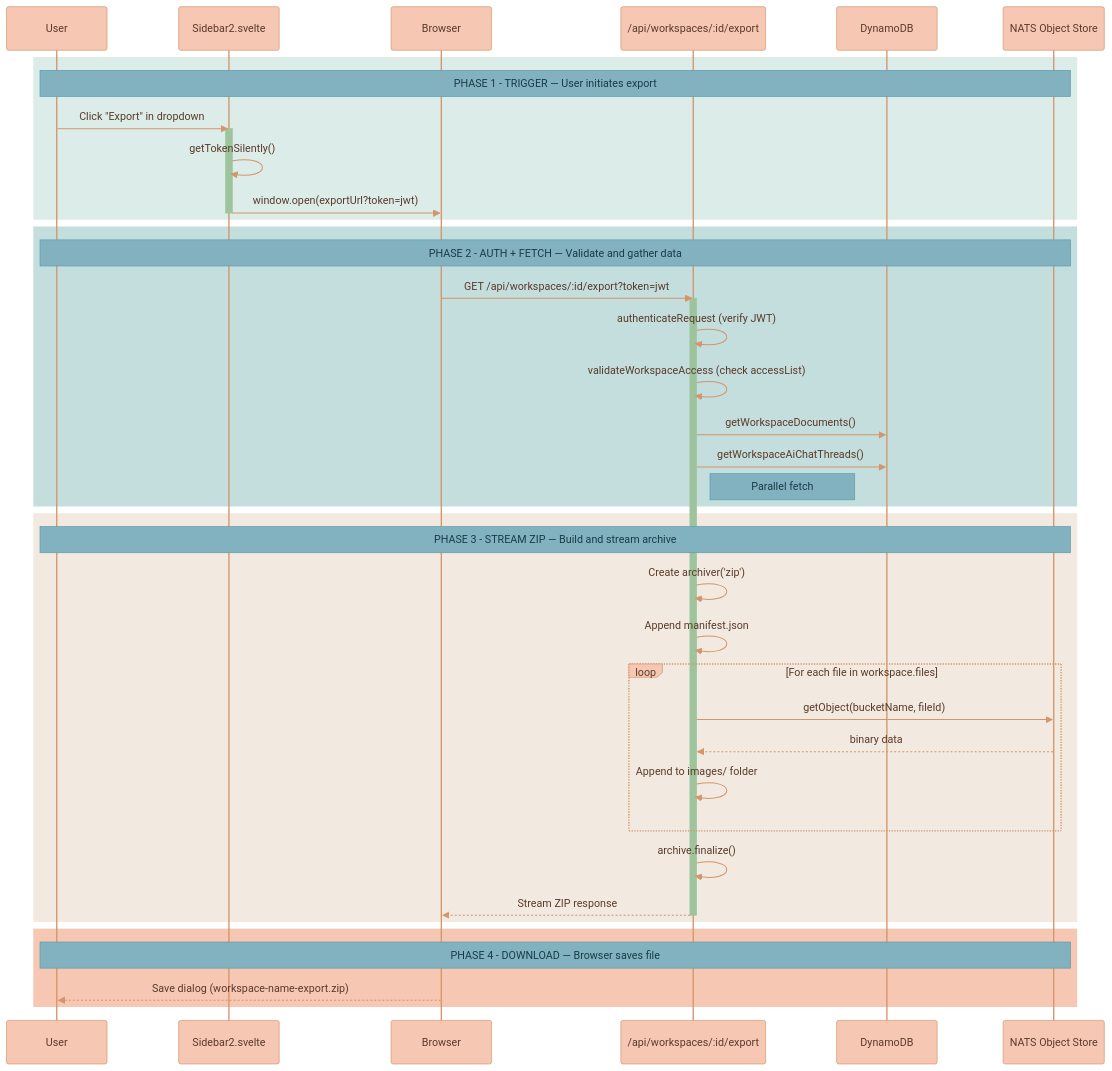
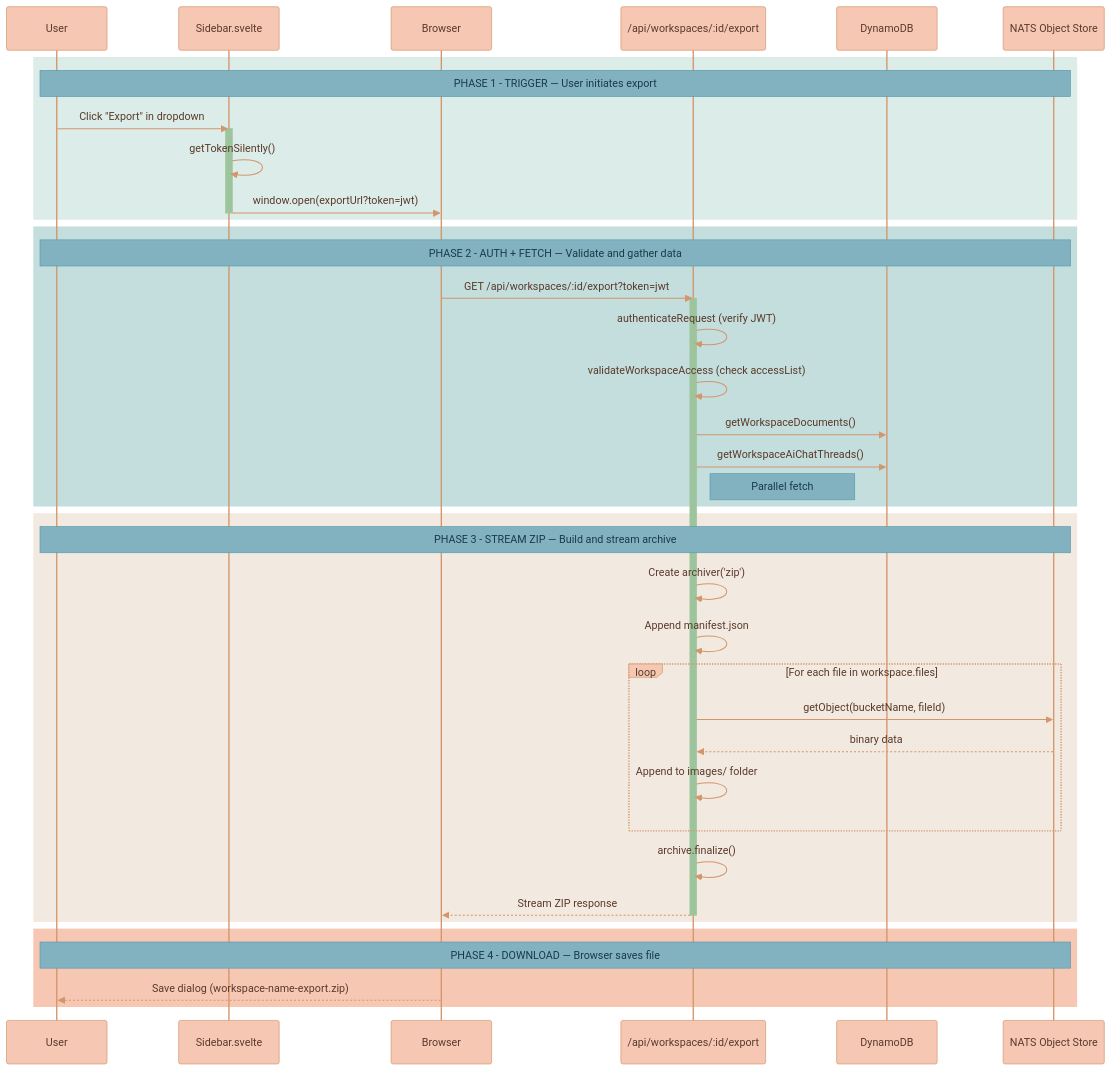
Before and after one commit to Lixpi/lixpi: the diagram in documentation/features/WORKSPACE-EXPORT.md, drawn with Mermaid. The commit also changed other lines of this file and 9 other files, not shown here.

````diff
--- a/documentation/features/WORKSPACE-EXPORT.md
+++ b/documentation/features/WORKSPACE-EXPORT.md
@@ -47,57 +47,57 @@
 ```mermaid
 %%{init: {'theme': 'base', 'themeVariables': { 'noteBkgColor': '#82B2C0', 'noteTextColor': '#1a3a47', 'noteBorderColor': '#5a9aad', 'actorBkg': '#F6C7B3', 'actorBorder': '#d4956a', 'actorTextColor': '#5a3a2a', 'actorLineColor': '#d4956a', 'signalColor': '#d4956a', 'signalTextColor': '#5a3a2a', 'labelBoxBkgColor': '#F6C7B3', 'labelBoxBorderColor': '#d4956a', 'labelTextColor': '#5a3a2a', 'loopTextColor': '#5a3a2a', 'activationBorderColor': '#9DC49D', 'activationBkgColor': '#9DC49D', 'sequenceNumberColor': '#5a3a2a'}}}%%
 sequenceDiagram
     participant User
-    participant Sidebar as Sidebar2.svelte
+    participant Sidebar as Sidebar.svelte
     participant Browser
     participant API as /api/workspaces/:id/export
     participant DB as DynamoDB
     participant ObjStore as NATS Object Store
     %% ═══════════════════════════════════════════════════════════════
     %% PHASE 1: TRIGGER
     %% ═══════════════════════════════════════════════════════════════
     rect rgb(220, 236, 233)
         Note over User, ObjStore: PHASE 1 - TRIGGER — User initiates export
         User->>Sidebar: Click "Export" in dropdown
         activate Sidebar
         Sidebar->>Sidebar: getTokenSilently()
         Sidebar->>Browser: window.open(exportUrl?token=jwt)
         deactivate Sidebar
     end
     %% ═══════════════════════════════════════════════════════════════
     %% PHASE 2: AUTH + FETCH
     %% ═══════════════════════════════════════════════════════════════
     rect rgb(195, 222, 221)
         Note over User, ObjStore: PHASE 2 - AUTH + FETCH — Validate and gather data
         Browser->>API: GET /api/workspaces/:id/export?token=jwt
         activate API
         API->>API: authenticateRequest (verify JWT)
         API->>API: validateWorkspaceAccess (check accessList)
         API->>DB: getWorkspaceDocuments()
         API->>DB: getWorkspaceAiChatThreads()
         Note right of API: Parallel fetch
     end
     %% ═══════════════════════════════════════════════════════════════
     %% PHASE 3: STREAM ZIP
     %% ═══════════════════════════════════════════════════════════════
     rect rgb(242, 234, 224)
         Note over User, ObjStore: PHASE 3 - STREAM ZIP — Build and stream archive
         API->>API: Create archiver('zip')
         API->>API: Append manifest.json
         loop For each file in workspace.files
             API->>ObjStore: getObject(bucketName, fileId)
             ObjStore-->>API: binary data
             API->>API: Append to images/ folder
         end
         API->>API: archive.finalize()
         API-->>Browser: Stream ZIP response
         deactivate API
     end
     %% ═══════════════════════════════════════════════════════════════
     %% PHASE 4: DOWNLOAD
     %% ═══════════════════════════════════════════════════════════════
     rect rgb(246, 199, 179)
         Note over User, ObjStore: PHASE 4 - DOWNLOAD — Browser saves file
         Browser-->>User: Save dialog (workspace-name-export.zip)
     end
 ```
````
